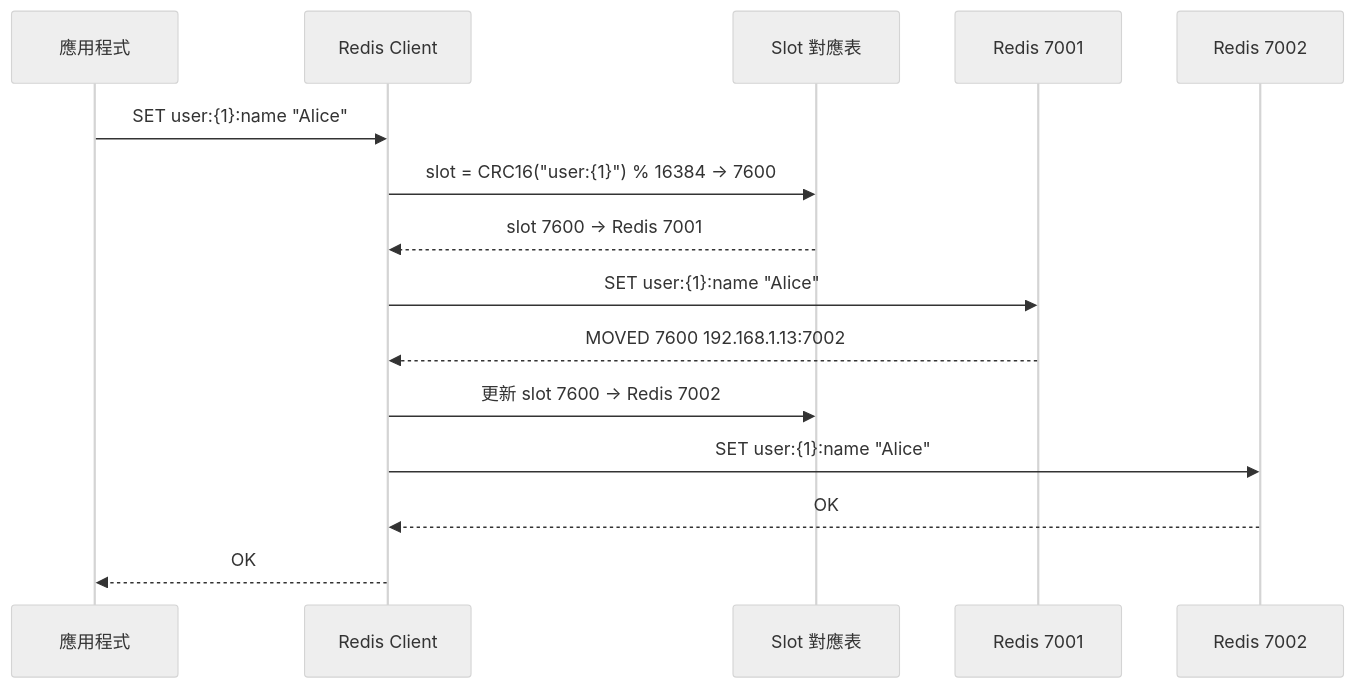
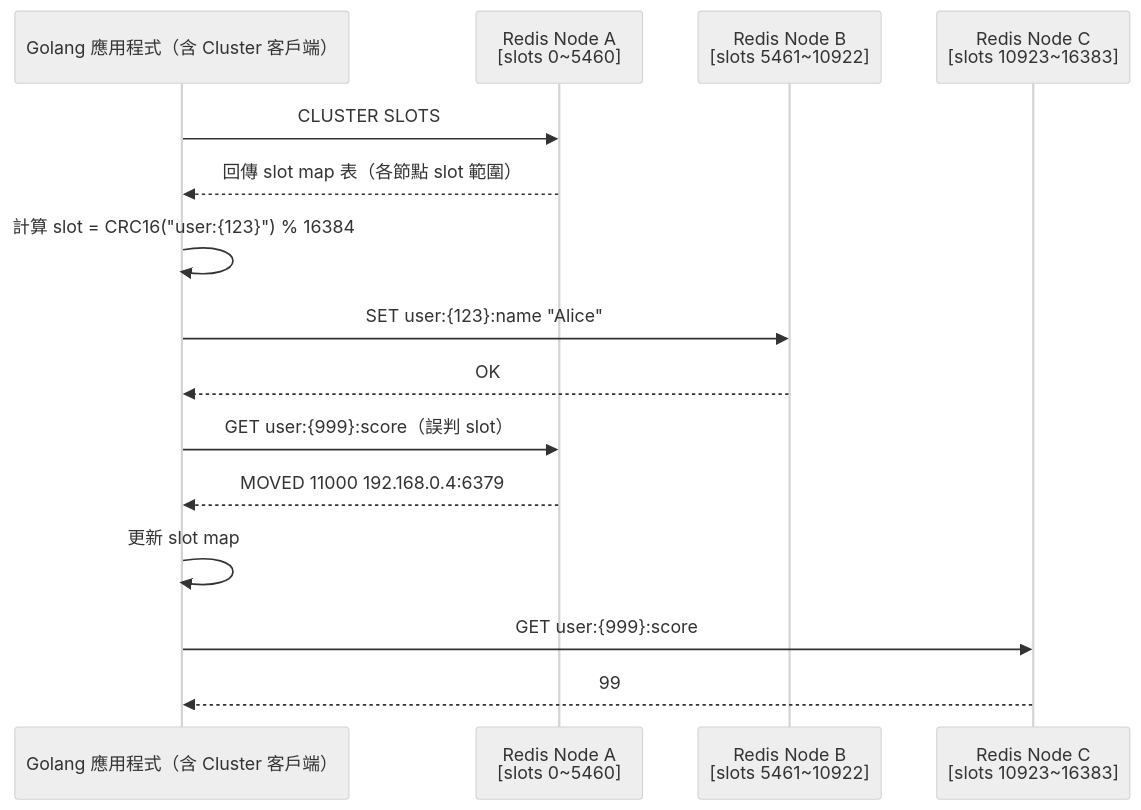
One commit to leeisman/poker_architecture changed the diagram in redis/redis-cluster/Sharding.md. Above: the diagram before and after it, drawn with Mermaid (neutral theme). The commit also changed other lines of this file and 1 other file, not shown here.

````diff
--- a/redis/redis-cluster/Sharding.md
+++ b/redis/redis-cluster/Sharding.md
@@ -2,18 +2,23 @@
 ```mermaid
 sequenceDiagram
-    participant App as 應用程式
-    participant Client as Redis Client
-    participant SlotMap as Slot 對應表
-    participant Redis7001 as Redis 7001
-    participant Redis7002 as Redis 7002
+    participant App as Golang 應用程式（含 Cluster 客戶端）
+    participant NodeA as Redis Node A<br/>[slots 0~5460]
+    participant NodeB as Redis Node B<br/>[slots 5461~10922]
+    participant NodeC as Redis Node C<br/>[slots 10923~16383]
 
-    App->>Client: SET user:{1}:name "Alice"
-    Client->>SlotMap: slot = CRC16("user:{1}") % 16384 → 7600
-    SlotMap-->>Client: slot 7600 → Redis 7001
-    Client->>Redis7001: SET user:{1}:name "Alice"
-    Redis7001-->>Client: MOVED 7600 192.168.1.13:7002
-    Client->>SlotMap: 更新 slot 7600 → Redis 7002
-    Client->>Redis7002: SET user:{1}:name "Alice"
-    Redis7002-->>Client: OK
-    Client-->>App: OK
+    %% 第一次初始化 slot map
+    App->>NodeA: CLUSTER SLOTS
+    NodeA-->>App: 回傳 slot map 表（各節點 slot 範圍）
+
+    %% 正常存取流程
+    App->>App: 計算 slot = CRC16("user:{123}") % 16384
+    App->>NodeB: SET user:{123}:name "Alice"
+    NodeB-->>App: OK
+
+    %% Slot map 錯誤時
+    App->>NodeA: GET user:{999}:score（誤判 slot）
+    NodeA-->>App: MOVED 11000 192.168.0.4:6379
+    App->>App: 更新 slot map
+    App->>NodeC: GET user:{999}:score
+    NodeC-->>App: 99
 ```
````
